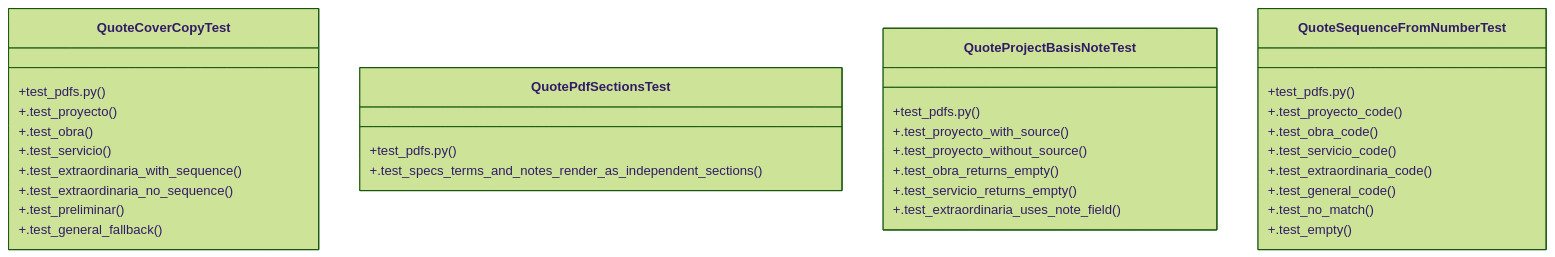
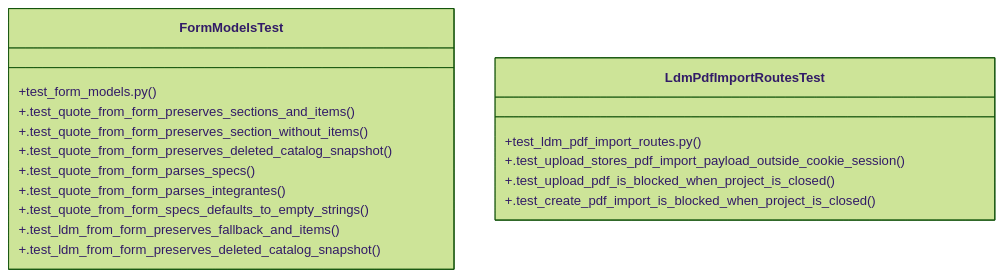
One commit to Daftrick/ProjectTracker changed the diagram in graphify-out/wiki/Community_7.md. Above: the diagram before and after it, drawn with Mermaid (forest theme). The commit also changed other lines of this file and 373 other files, not shown here.

````diff
--- a/graphify-out/wiki/Community_7.md
+++ b/graphify-out/wiki/Community_7.md
@@ -36,35 +36,20 @@
 ```mermaid
 classDiagram
-    class QuoteCoverCopyTest {
-        +test_pdfs.py()
-        +.test_proyecto()
-        +.test_obra()
-        +.test_servicio()
-        +.test_extraordinaria_with_sequence()
-        +.test_extraordinaria_no_sequence()
-        +.test_preliminar()
-        +.test_general_fallback()
+    class FormModelsTest {
+        +test_form_models.py()
+        +.test_quote_from_form_preserves_sections_and_items()
+        +.test_quote_from_form_preserves_section_without_items()
+        +.test_quote_from_form_preserves_deleted_catalog_snapshot()
+        +.test_quote_from_form_parses_specs()
+        +.test_quote_from_form_parses_integrantes()
+        +.test_quote_from_form_specs_defaults_to_empty_strings()
+        +.test_ldm_from_form_preserves_fallback_and_items()
+        +.test_ldm_from_form_preserves_deleted_catalog_snapshot()
     }
-    class QuotePdfSectionsTest {
-        +test_pdfs.py()
-        +.test_specs_terms_and_notes_render_as_independent_sections()
-    }
-    class QuoteProjectBasisNoteTest {
-        +test_pdfs.py()
-        +.test_proyecto_with_source()
-        +.test_proyecto_without_source()
-        +.test_obra_returns_empty()
-        +.test_servicio_returns_empty()
-        +.test_extraordinaria_uses_note_field()
-    }
-    class QuoteSequenceFromNumberTest {
-        +test_pdfs.py()
-        +.test_proyecto_code()
-        +.test_obra_code()
-        +.test_servicio_code()
-        +.test_extraordinaria_code()
-        +.test_general_code()
-        +.test_no_match()
-        +.test_empty()
+    class LdmPdfImportRoutesTest {
+        +test_ldm_pdf_import_routes.py()
+        +.test_upload_stores_pdf_import_payload_outside_cookie_session()
+        +.test_upload_pdf_is_blocked_when_project_is_closed()
+        +.test_create_pdf_import_is_blocked_when_project_is_closed()
     }
 ```
````
